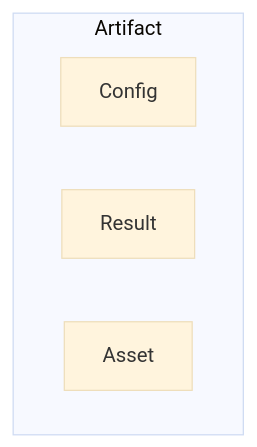
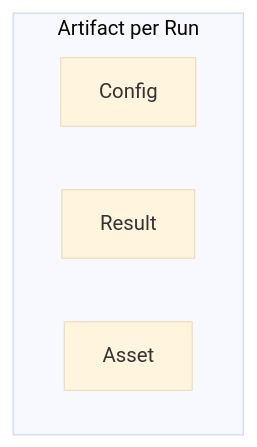
One commit to diaoenmao/RPipe changed the fourth of 4 diagrams in docs/CONCEPT.md. Above: the diagram before and after it, drawn with Mermaid (base theme). The commit also changed other lines of this file and 2 other files, not shown here.

First line of the commit message:
Align CONCEPT and LAYOUT with Run id and hash-based paths.

````diff
--- a/docs/CONCEPT.md
+++ b/docs/CONCEPT.md
@@ -317,8 +323,8 @@
 ```mermaid
 flowchart TB
-  subgraph Artifact_sub [Artifact]
+  subgraph Artifact_sub [Artifact per Run]
     Config
     Result
     Asset
   end
 ```
````
